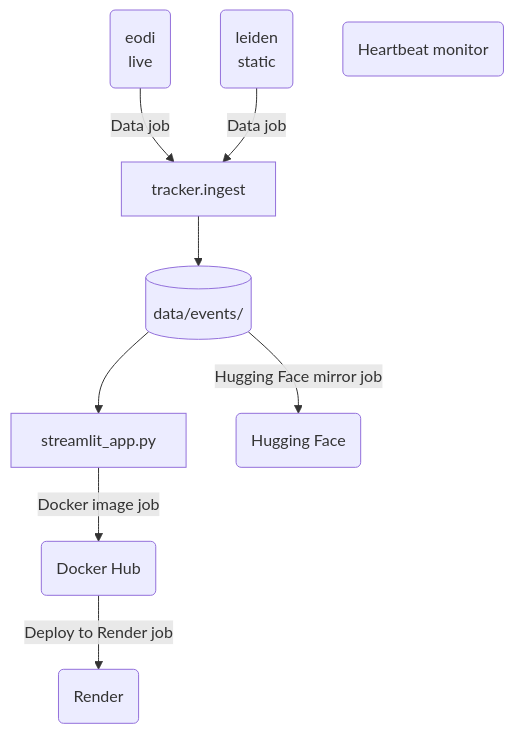
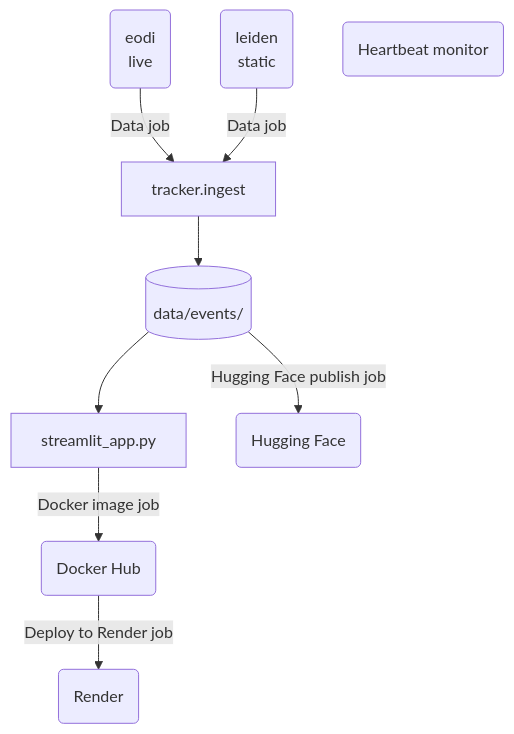
Before and after one commit to tryph0n/hybrid-tracker: the first of 3 diagrams in docs/architecture.md, drawn with Mermaid. The commit also changed other lines of this file and 11 other files, not shown here.

````diff
--- a/docs/architecture.md
+++ b/docs/architecture.md
@@ -27,19 +27,19 @@
 ```mermaid
 flowchart TB
   source_eodi("eodi<br/>live")
   source_leiden("leiden<br/>static")
   ingest["tracker.ingest"]
   events[("data/events/")]
   app["streamlit_app.py"]
   service_Docker_Hub("Docker Hub")
   service_Render("Render")
   service_Hugging_Face("Hugging Face")
   service_Heartbeat_monitor("Heartbeat monitor")
   source_eodi -->|"Data job"| ingest
   source_leiden -->|"Data job"| ingest
   ingest --> events
   events --> app
   app -->|"Docker image job"| service_Docker_Hub
   service_Docker_Hub -->|"Deploy to Render job"| service_Render
-  events -->|"Hugging Face mirror job"| service_Hugging_Face
+  events -->|"Hugging Face publish job"| service_Hugging_Face
 ```
````
